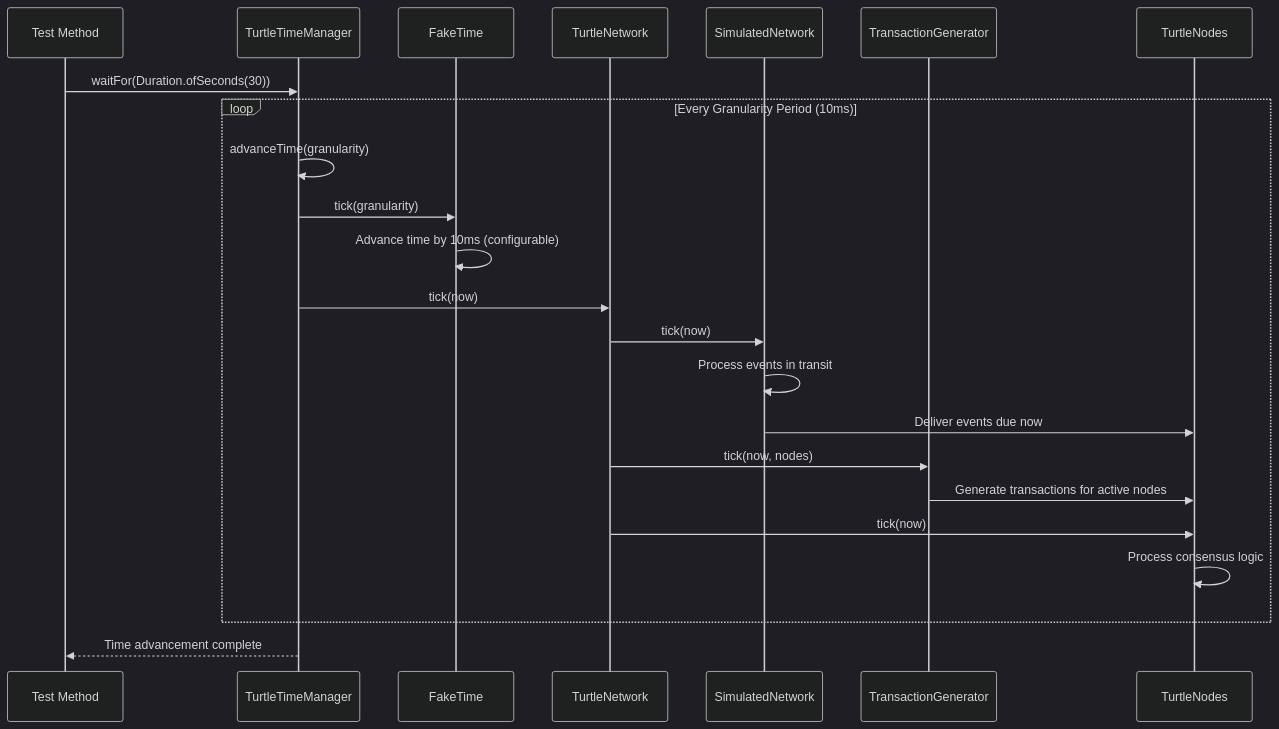
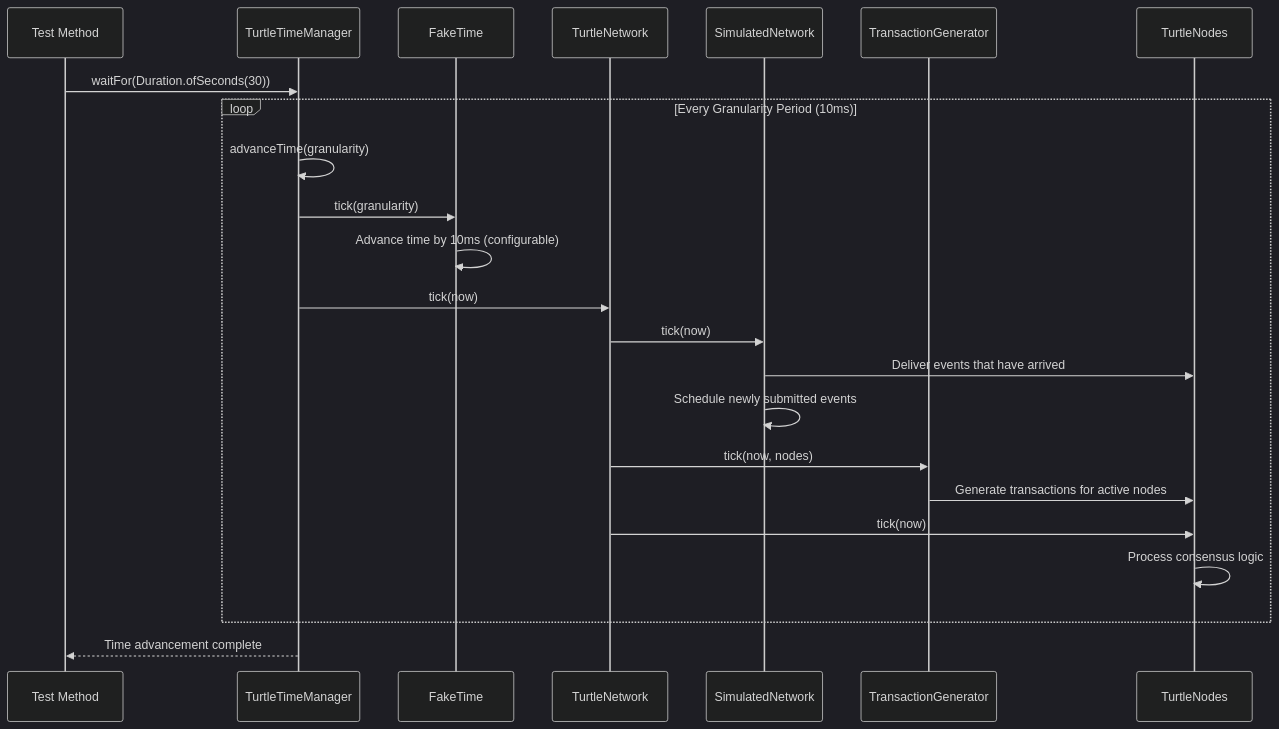
The fifth of 5 diagrams in platform-sdk/consensus-otter-tests/docs/turtle-environment.md (hiero-ledger/hiero-consensus-node), drawn with Mermaid (dark theme) before and after one commit. The commit also changed other lines of this file and 20 other files, not shown here.

````diff
--- a/platform-sdk/consensus-otter-tests/docs/turtle-environment.md
+++ b/platform-sdk/consensus-otter-tests/docs/turtle-environment.md
@@ -303,28 +348,28 @@
 ```mermaid
 sequenceDiagram
     participant Test Method
     participant TurtleTimeManager
     participant FakeTime
     participant TurtleNetwork
     participant SimulatedNetwork
     participant TransactionGenerator
     participant TurtleNodes
 
     Test Method->>TurtleTimeManager: waitFor(Duration.ofSeconds(30))
 
     loop Every Granularity Period (10ms)
         TurtleTimeManager->>TurtleTimeManager: advanceTime(granularity)
         TurtleTimeManager->>FakeTime: tick(granularity)
         FakeTime->>FakeTime: Advance time by 10ms (configurable)
         TurtleTimeManager->>TurtleNetwork: tick(now)
         TurtleNetwork->>SimulatedNetwork: tick(now)
-        SimulatedNetwork->>SimulatedNetwork: Process events in transit
-        SimulatedNetwork->>TurtleNodes: Deliver events due now
+        SimulatedNetwork->>TurtleNodes: Deliver events that have arrived
+        SimulatedNetwork->>SimulatedNetwork: Schedule newly submitted events
         TurtleNetwork->>TransactionGenerator: tick(now, nodes)
         TransactionGenerator->>TurtleNodes: Generate transactions for active nodes
         TurtleNetwork->>TurtleNodes: tick(now)
         TurtleNodes->>TurtleNodes: Process consensus logic
     end
 
     TurtleTimeManager-->>Test Method: Time advancement complete
 ```
````
